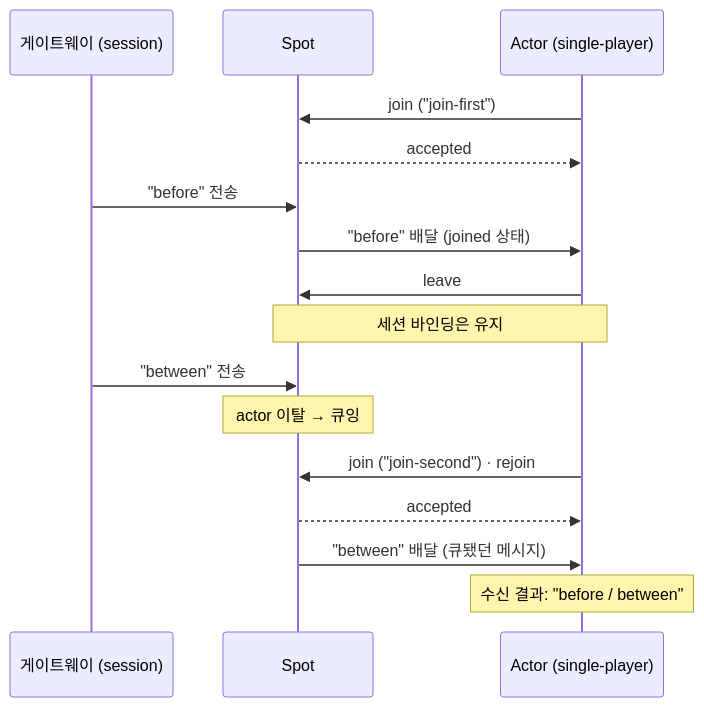
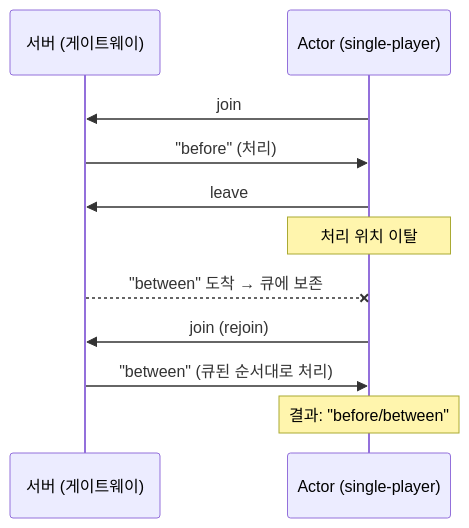
The second of 2 diagrams in doc/site/docs/guide/07-4-actor.ko.md (kairos-code-dev/zlink), drawn with Mermaid before and after one commit. The commit also changed other lines of this file and 14 other files, not shown here.

````diff
--- a/doc/site/docs/guide/07-4-actor.ko.md
+++ b/doc/site/docs/guide/07-4-actor.ko.md
@@ -48,19 +112,14 @@
 ```mermaid
 sequenceDiagram
-    participant G as 게이트웨이 (session)
-    participant S as Spot
+    participant G as 서버 (게이트웨이)
     participant A as Actor (single-player)
 
-    A->>S: join ("join-first")
-    S-->>A: accepted
-    G->>S: "before" 전송
-    S->>A: "before" 배달 (joined 상태)
-    A->>S: leave
-    Note over S,A: 세션 바인딩은 유지
-    G->>S: "between" 전송
-    Note over S: actor 이탈 → 큐잉
-    A->>S: join ("join-second") · rejoin
-    S-->>A: accepted
-    S->>A: "between" 배달 (큐됐던 메시지)
-    Note over A: 수신 결과: "before / between"
+    A->>G: join
+    G->>A: "before" (처리)
+    A->>G: leave
+    Note over A: 처리 위치 이탈
+    G--xA: "between" 도착 → 큐에 보존
+    A->>G: join (rejoin)
+    G->>A: "between" (큐된 순서대로 처리)
+    Note over A: 결과: "before/between"
 ```
````
